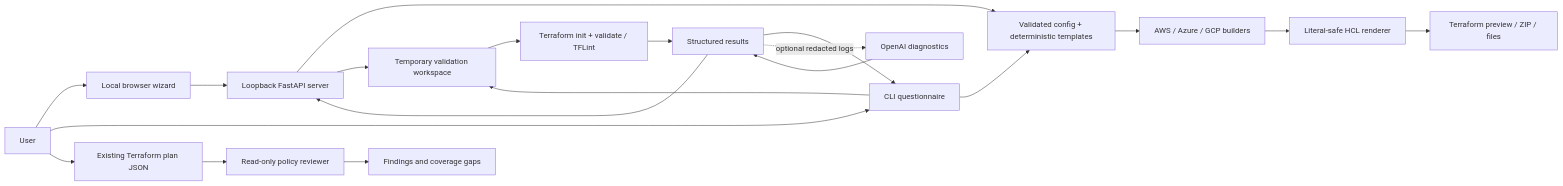
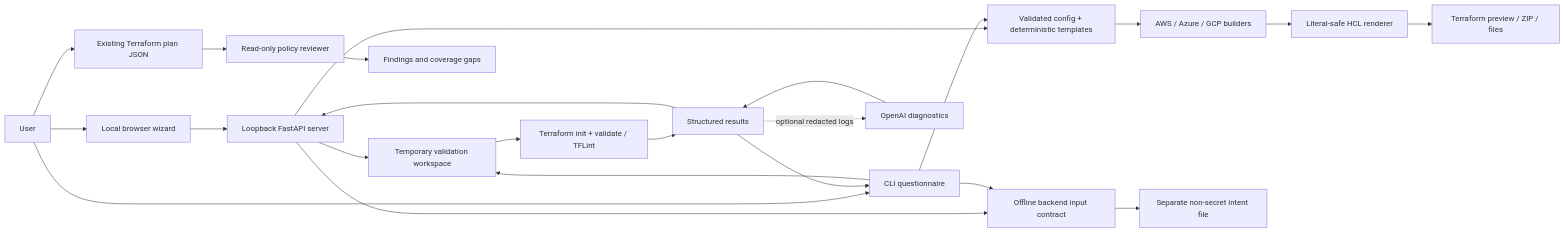
One commit to chriswayneh/TerraForma-IaC changed the diagram in docs/ARCHITECTURE.md. Above: the diagram before and after it, drawn with Mermaid. The commit also changed other lines of this file and 13 other files, not shown here.

````diff
--- a/docs/ARCHITECTURE.md
+++ b/docs/ARCHITECTURE.md
@@ -7,22 +7,25 @@
 ```mermaid
 flowchart LR
     User[User] --> Browser[Local browser wizard]
     User --> CLI[CLI questionnaire]
     Browser --> API[Loopback FastAPI server]
     API --> Generator[Validated config + deterministic templates]
     CLI --> Generator
     Generator --> Providers[AWS / Azure / GCP builders]
     Providers --> Renderer[Literal-safe HCL renderer]
     Renderer --> Preview[Terraform preview / ZIP / files]
     API --> Sandbox[Temporary validation workspace]
     CLI --> Sandbox
     Sandbox --> Tools[Terraform init + validate / TFLint]
     Tools --> Results[Structured results]
     Results --> API
     Results --> CLI
     Results -. optional redacted logs .-> AI[OpenAI diagnostics]
     AI --> Results
     User --> Plan[Existing Terraform plan JSON]
     Plan --> Review[Read-only policy reviewer]
     Review --> Report[Findings and coverage gaps]
+    API --> Backend[Offline backend input contract]
+    CLI --> Backend
+    Backend --> Intent[Separate non-secret intent file]
 ```
````
